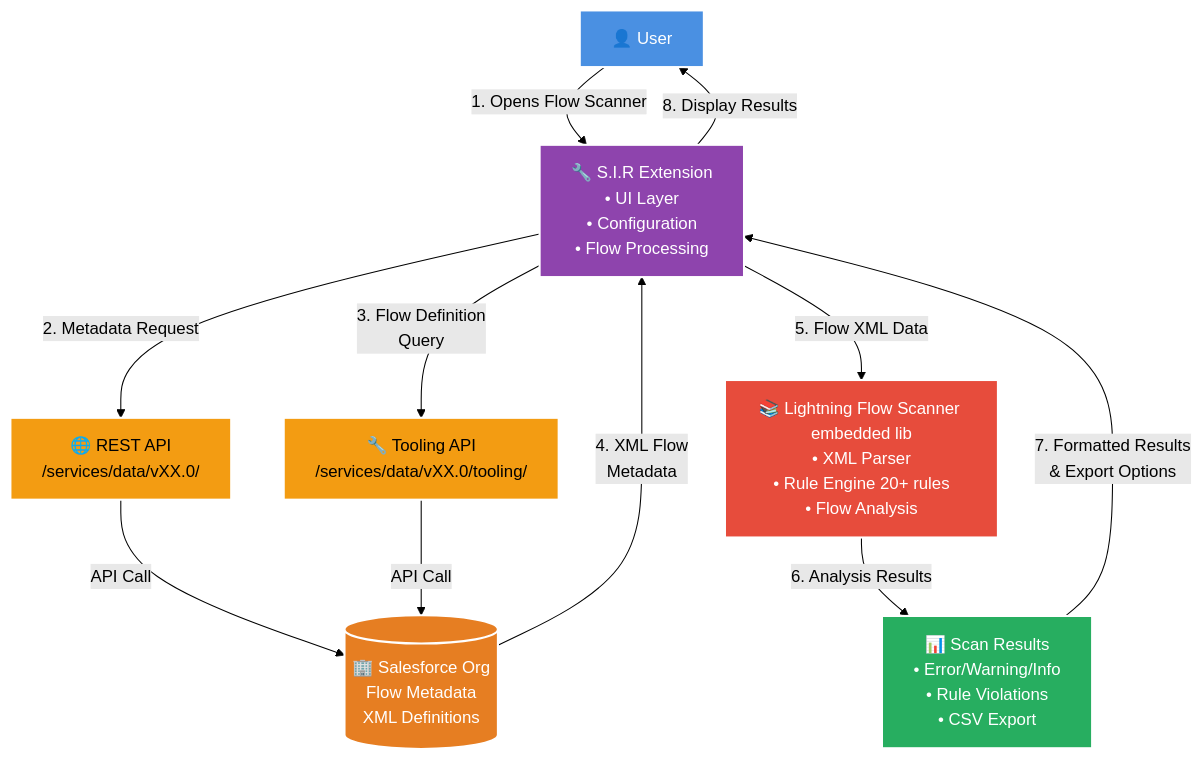
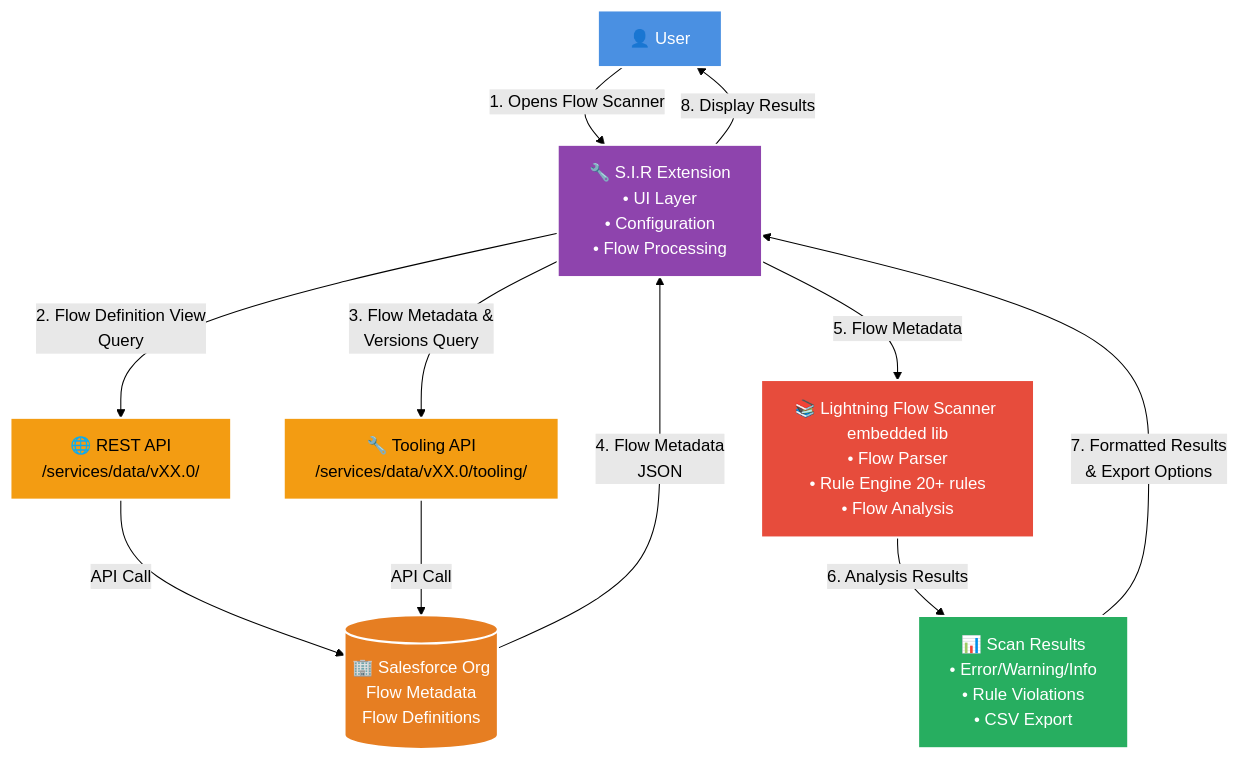
Before and after one commit to tprouvot/Salesforce-Inspector-reloaded: the diagram in docs/flow-scanner.md, drawn with Mermaid (forest theme). The commit also changed other lines of this file and 1 other file, not shown here.

Commit message:
docs: fix changelog entries and update flow-scanner.md

````diff
--- a/docs/flow-scanner.md
+++ b/docs/flow-scanner.md
@@ -168,34 +171,34 @@
 ```mermaid
 graph TD
     U[👤 User] --> |1. Opens Flow Scanner| EXT[🔧 S.I.R Extension<br/>• UI Layer<br/>• Configuration<br/>• Flow Processing]
 
-    EXT --> |2. Metadata Request| REST[🌐 REST API<br/>/services/data/vXX.0/]
-    EXT --> |3. Flow Definition<br/>Query| TOOL[🔧 Tooling API<br/>/services/data/vXX.0/tooling/]
+    EXT --> |2. Flow Definition View<br/>Query| REST[🌐 REST API<br/>/services/data/vXX.0/]
+    EXT --> |3. Flow Metadata &<br/>Versions Query| TOOL[🔧 Tooling API<br/>/services/data/vXX.0/tooling/]
 
-    REST --> |API Call| SF[(🏢 Salesforce Org<br/>Flow Metadata<br/>XML Definitions)]
+    REST --> |API Call| SF[(🏢 Salesforce Org<br/>Flow Metadata<br/>Flow Definitions)]
     TOOL --> |API Call| SF
 
-    SF --> |4. XML Flow<br/>Metadata| EXT
+    SF --> |4. Flow Metadata<br/>JSON| EXT
 
-    EXT --> |5. Flow XML Data| CORE[📚 Lightning Flow Scanner embedded lib<br/>• XML Parser<br/>• Rule Engine 20+ rules<br/>• Flow Analysis]
+    EXT --> |5. Flow Metadata| CORE[📚 Lightning Flow Scanner embedded lib<br/>• Flow Parser<br/>• Rule Engine 20+ rules<br/>• Flow Analysis]
 
     CORE --> |6. Analysis Results| RES[📊 Scan Results<br/>• Error/Warning/Info<br/>• Rule Violations<br/>• CSV Export]
 
     RES --> |7. Formatted Results<br/>& Export Options| EXT
     EXT --> |8. Display Results| U
 
     %% Dark mode friendly styling
     classDef userClass fill:#4a90e2,stroke:#ffffff,stroke-width:2px,color:#ffffff
     classDef extensionClass fill:#8e44ad,stroke:#ffffff,stroke-width:2px,color:#ffffff
     classDef apiClass fill:#f39c12,stroke:#ffffff,stroke-width:2px,color:#000000
     classDef salesforceClass fill:#e67e22,stroke:#ffffff,stroke-width:2px,color:#ffffff
     classDef coreClass fill:#e74c3c,stroke:#ffffff,stroke-width:2px,color:#ffffff
     classDef resultClass fill:#27ae60,stroke:#ffffff,stroke-width:2px,color:#ffffff
 
     class U userClass
     class EXT extensionClass
     class REST,TOOL apiClass
     class SF salesforceClass
     class CORE coreClass
     class RES resultClass
 ```
````
